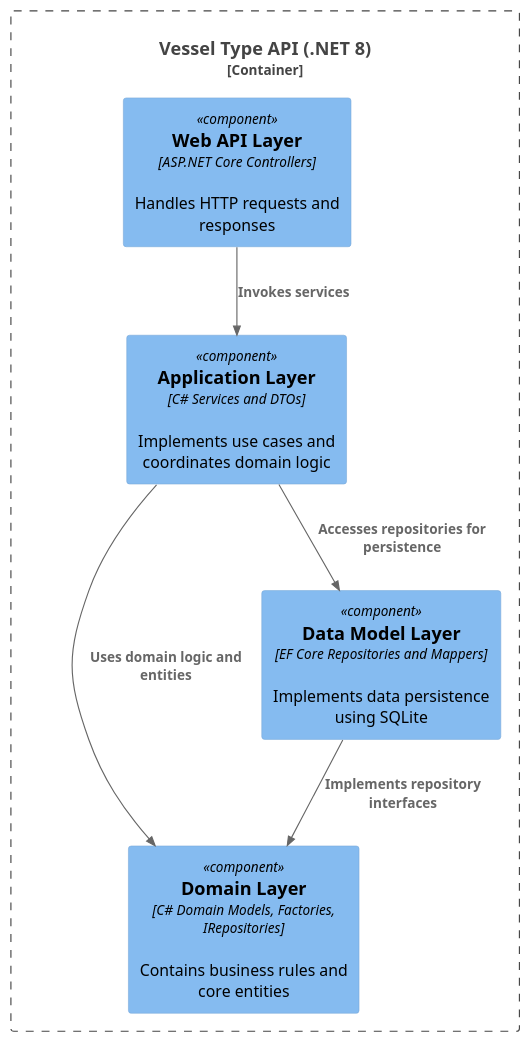
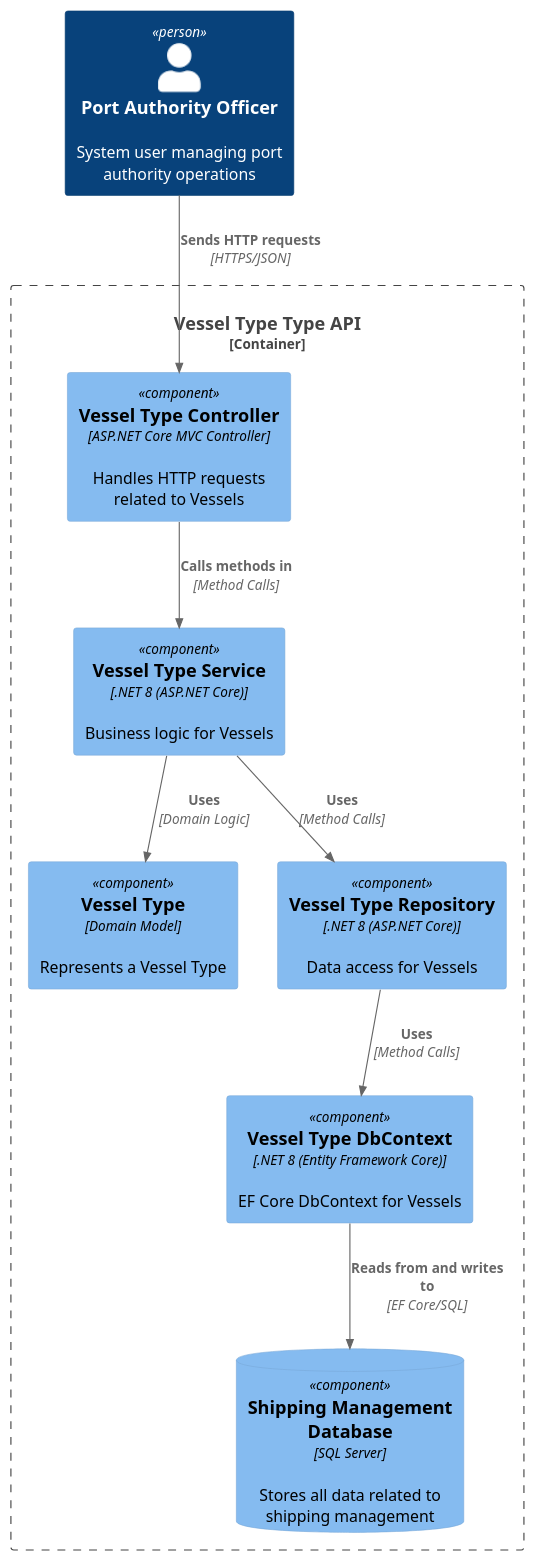
The diagram in docs/sprintA/us2.2.1/diagrams/components_lvl3.puml (rubenFreitas1/ISEP-LAPR5-2025-2026), drawn with PlantUML before and after one commit. The commit also changed 12 other files, not shown here.

```diff
--- a/docs/sprintA/us2.2.1/diagrams/components_lvl3.puml
+++ b/docs/sprintA/us2.2.1/diagrams/components_lvl3.puml
@@ -1,16 +1,29 @@
-@startuml VesselTypeComponents
+@startuml Vessels
+!include https://raw.githubusercontent.com/plantuml-stdlib/C4-PlantUML/master/C4_Container.puml
 !include https://raw.githubusercontent.com/plantuml-stdlib/C4-PlantUML/master/C4_Component.puml
 
-Container_Boundary(api, "Vessel Type API (.NET 8)") {
-    Component(web_api, "Web API Layer", "ASP.NET Core Controllers", "Handles HTTP requests and responses")
-    Component(application, "Application Layer", "C# Services and DTOs", "Implements use cases and coordinates domain logic")
-    Component(domain, "Domain Layer", "C# Domain Models, Factories, IRepositories", "Contains business rules and core entities")
-    Component(data_model, "Data Model Layer", "EF Core Repositories and Mappers", "Implements data persistence using SQLite")
+Person(PAO, "Port Authority Officer", "System user managing port authority operations")
+
+Container_Boundary(vessetypeapi, "Vessel Type Type API") {
+    Component(VesselTypeController, "Vessel Type Controller", "ASP.NET Core MVC Controller", "Handles HTTP requests related to Vessels")
+    Component(VesselTypeService, "Vessel Type Service", ".NET 8 (ASP.NET Core)", "Business logic for Vessels")
+    Component(VesselType, "Vessel Type", "Domain Model", "Represents a Vessel Type")
+    Component(VesselRecordRepository, "Vessel Type Repository", ".NET 8 (ASP.NET Core)", "Data access for Vessels")
+    Component(VesselRecordDbContext, "Vessel Type DbContext", ".NET 8 (Entity Framework Core)", "EF Core DbContext for Vessels")
+    ComponentDb(db, "Shipping Management Database", "SQL Server", "Stores all data related to shipping management")
 }
 
-Rel(web_api, application, "Invokes services")
-Rel(application, domain, "Uses domain logic and entities")
-Rel(application, data_model, "Accesses repositories for persistence")
-Rel(data_model, domain, "Implements repository interfaces")
+
+VesselTypeService -[hidden]right-> VesselType
+VesselRecordRepository -[hidden]right-> VesselRecordDbContext
+
+
+Rel(PAO, VesselTypeController, "Sends HTTP requests", "HTTPS/JSON")
+Rel(VesselTypeController, VesselTypeService, "Calls methods in", "Method Calls")
+Rel(VesselTypeService, VesselType, "Uses", "Domain Logic")
+Rel(VesselTypeService, VesselRecordRepository, "Uses", "Method Calls")
+Rel(VesselRecordRepository, VesselRecordDbContext, "Uses", "Method Calls")
+Rel(VesselRecordDbContext, db, "Reads from and writes to", "EF Core/SQL")
+
 
 @enduml
```
